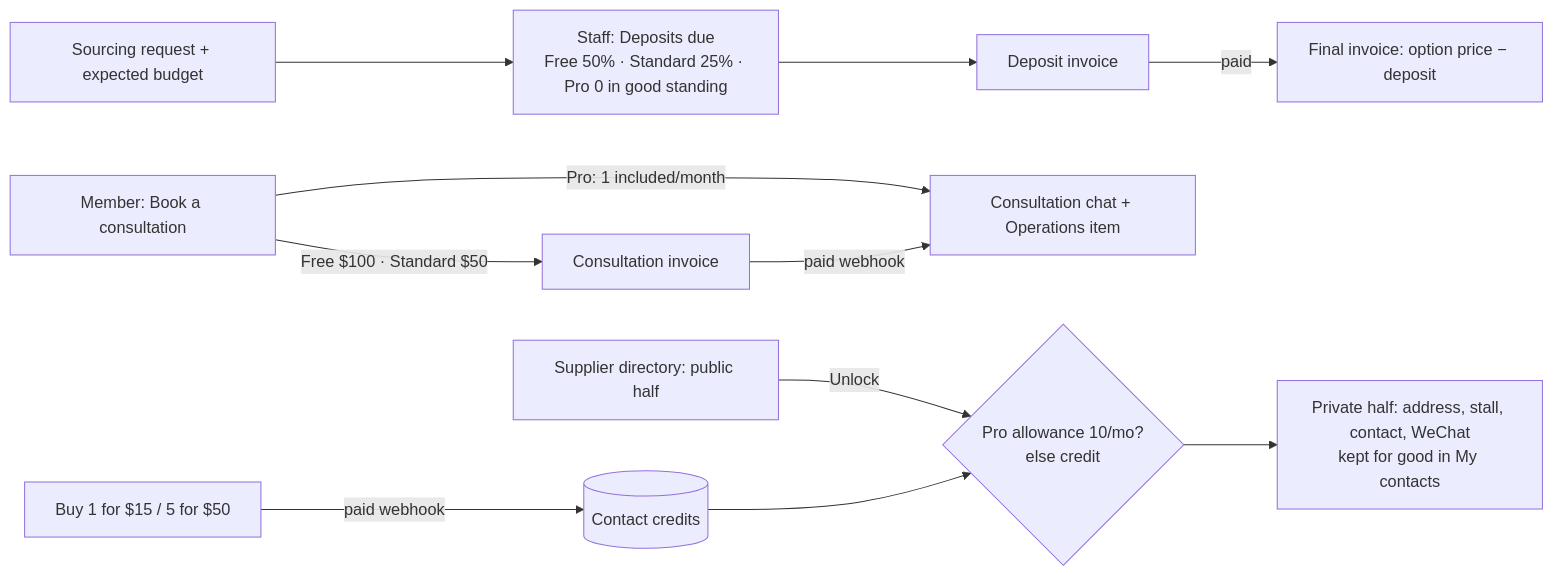
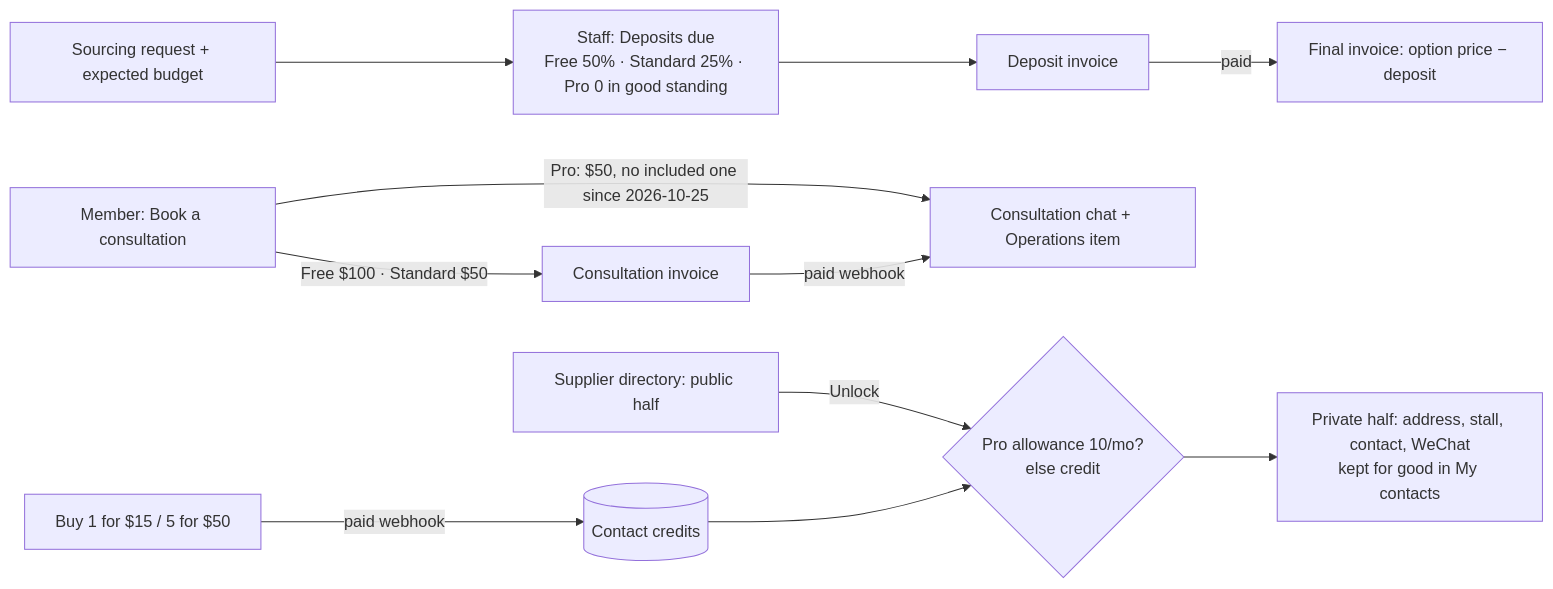
Before and after one commit to prolifixs/fayfort-ai: diagram 13 of 15 in docs/FAYFORT_SYSTEM_MAP.md, drawn with Mermaid. The commit also changed 31 other files, not shown here.

````diff
--- a/docs/FAYFORT_SYSTEM_MAP.md
+++ b/docs/FAYFORT_SYSTEM_MAP.md
@@ -277,11 +277,11 @@
 ```mermaid
 flowchart LR
   REQ[Sourcing request + expected budget] --> DUE[Staff: Deposits due<br/>Free 50% · Standard 25% · Pro 0 in good standing]
   DUE --> DEP[Deposit invoice] -->|paid| CR[Final invoice: option price − deposit]
   BK[Member: Book a consultation] -->|Free $100 · Standard $50| CI[Consultation invoice]
-  BK -->|Pro: 1 included/month| CHAT
+  BK -->|Pro: $50, no included one since 2026-10-25| CHAT
   CI -->|paid webhook| CHAT[Consultation chat + Operations item]
   DIR[Supplier directory: public half] -->|Unlock| UL{Pro allowance 10/mo?<br/>else credit}
   PK[Buy 1 for $15 / 5 for $50] -->|paid webhook| CRD[(Contact credits)] --> UL
   UL --> PRV[Private half: address, stall, contact, WeChat<br/>kept for good in My contacts]
 ```
````
